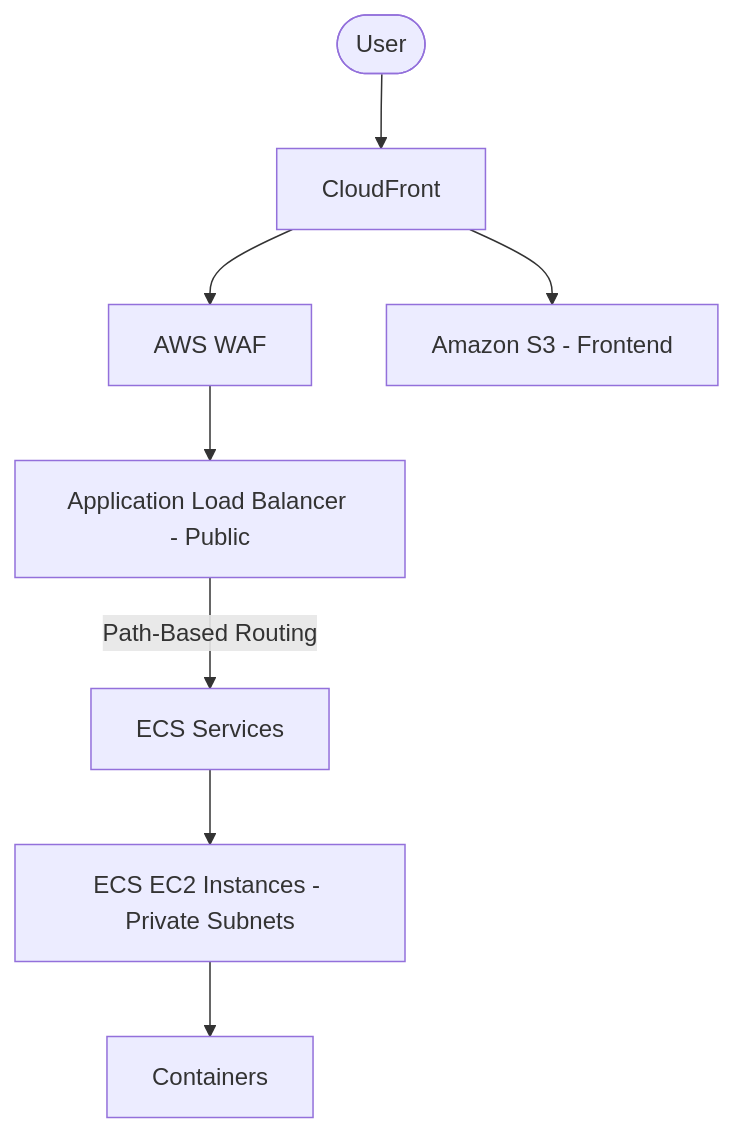
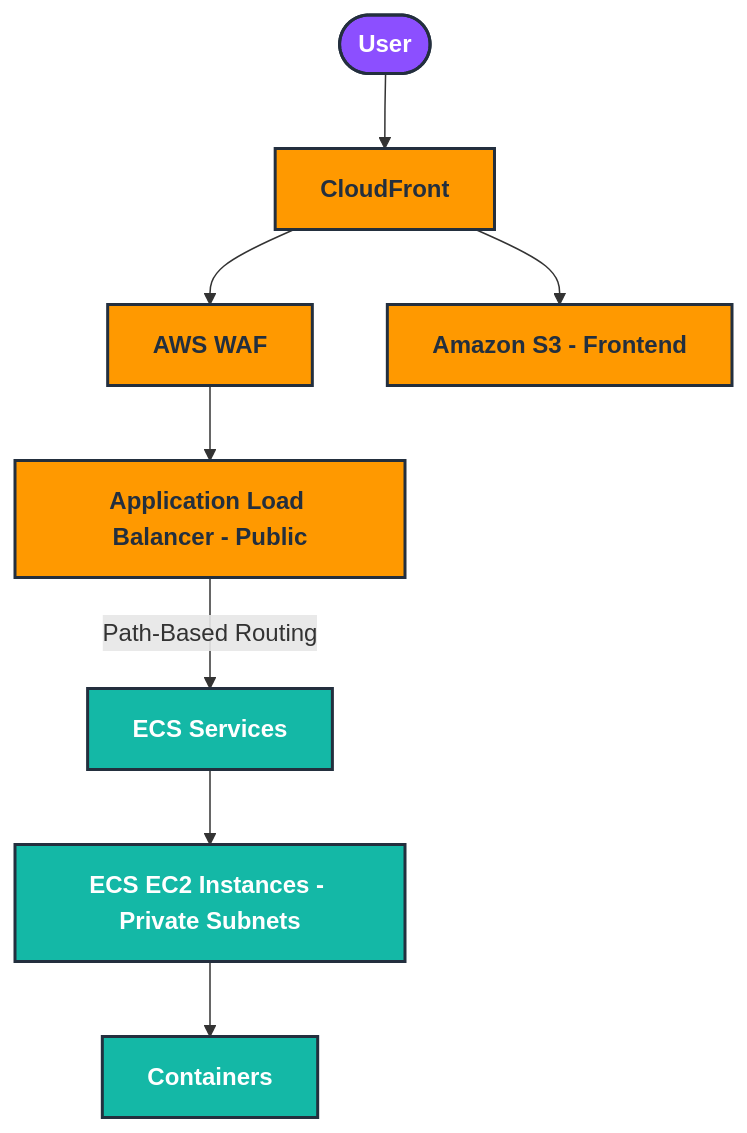
One commit to hridyen/terraform-aws-microservices changed the diagram in README.md. Above: the diagram before and after it, drawn with Mermaid. The commit also changed other lines of this file, not shown here.

Commit message:
style: add github alerts and colorful mermaid styling

````diff
--- a/README.md
+++ b/README.md
@@ -30,10 +31,30 @@
 ```mermaid
 flowchart TD
-    User([User]) --> CF[CloudFront]
-    CF --> WAF[AWS WAF]
-    WAF --> ALB[Application Load Balancer - Public]
-    ALB -->|Path-Based Routing| ECS_Svc[ECS Services]
-    ECS_Svc --> ECS_Inst[ECS EC2 Instances - Private Subnets]
-    ECS_Inst --> Containers[Containers]
-    CF --> S3[Amazon S3 - Frontend]
+    %% Node Definitions
+    User([User])
+    CF[CloudFront]
+    WAF[AWS WAF]
+    ALB[Application Load Balancer - Public]
+    ECS_Svc[ECS Services]
+    ECS_Inst[ECS EC2 Instances - Private Subnets]
+    Containers[Containers]
+    S3[Amazon S3 - Frontend]
+
+    %% Connections
+    User --> CF
+    CF --> WAF
+    WAF --> ALB
+    ALB -->|Path-Based Routing| ECS_Svc
+    ECS_Svc --> ECS_Inst
+    ECS_Inst --> Containers
+    CF --> S3
+
+    %% Colors & Styling
+    classDef aws fill:#FF9900,stroke:#232F3E,stroke-width:2px,color:#232F3E,font-weight:bold
+    classDef user fill:#8C4FFF,stroke:#232F3E,stroke-width:2px,color:white,font-weight:bold
+    classDef compute fill:#14B8A6,stroke:#232F3E,stroke-width:2px,color:white,font-weight:bold
+    
+    class CF,WAF,ALB,S3 aws
+    class User user
+    class ECS_Svc,ECS_Inst,Containers compute
 ```
````
